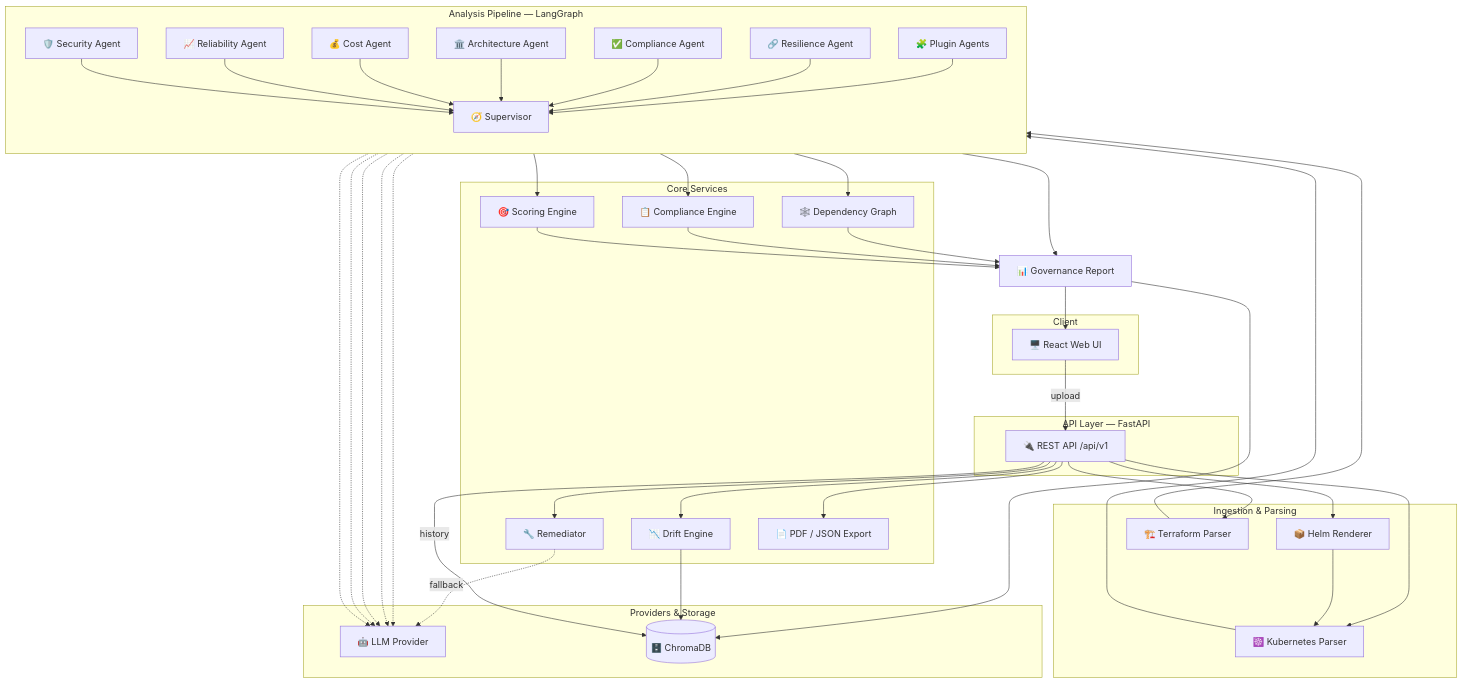
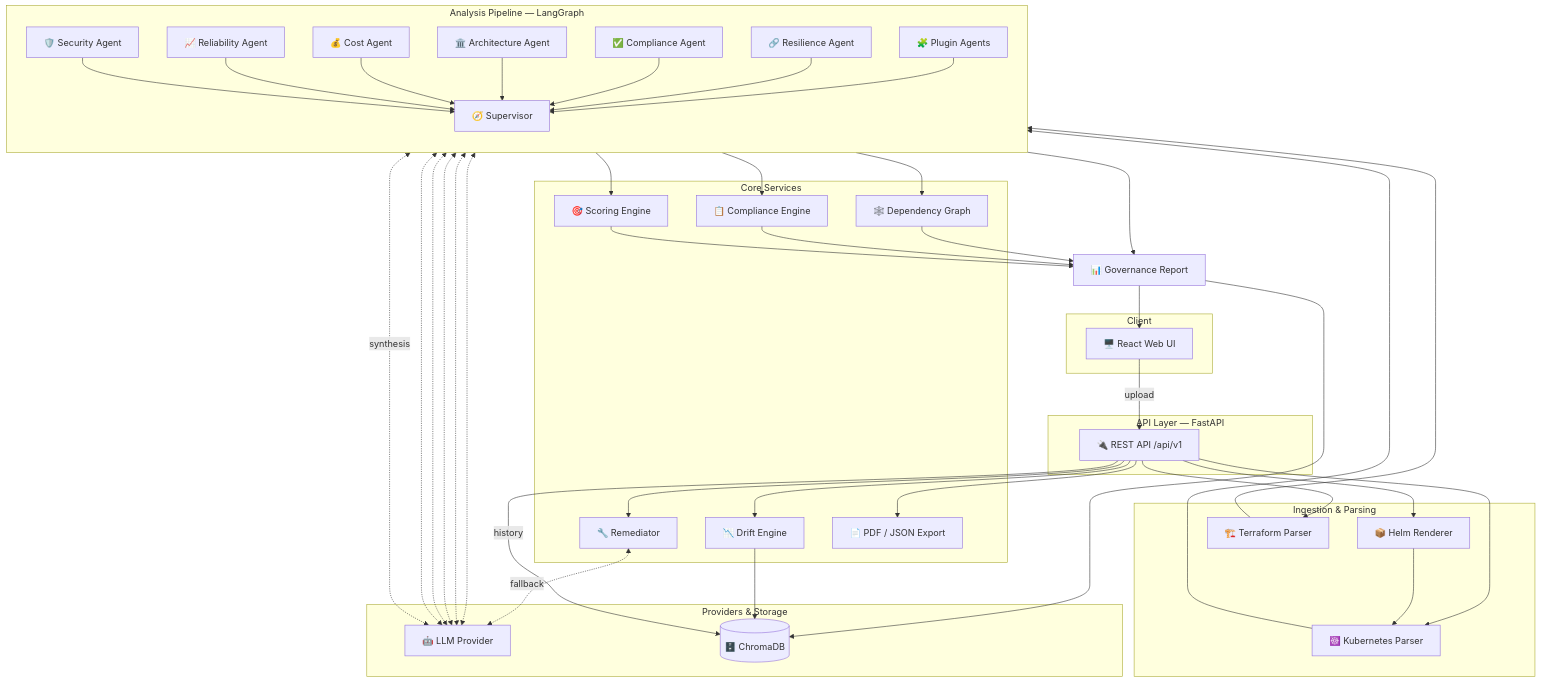
One commit to bharathac5775/AI-Infrastructure-Governance-Architecture-Intelligence-Platform changed the first of 2 diagrams in README.md. Above: the diagram before and after it, drawn with Mermaid.

Commit message:
Make LLM Provider a clear two-way participant in the diagram
The LLM node only had faint one-directional dotted arrows into it, so it read
as dangling. Make agent<->LLM (and Supervisor<->LLM synthesis, Remediator<->LLM
fallback) bidirectional round-trips, showing prompts go out and reasoning comes
back. Validated with mermaid-cli.

```diff
--- a/README.md
+++ b/README.md
@@ -119,11 +119,12 @@
     KP --> pipeline
     TP --> pipeline
 
-    SEC -.-> LLM
-    REL -.-> LLM
-    COST -.-> LLM
-    ARCH -.-> LLM
-    COMP -.-> LLM
+    SEC <-.-> LLM
+    REL <-.-> LLM
+    COST <-.-> LLM
+    ARCH <-.-> LLM
+    COMP <-.-> LLM
+    SUP <-.->|synthesis| LLM
 
     SUP --> GRAPH
     SUP --> CMPL
@@ -137,7 +138,7 @@
     RT --> REM
     RT --> DRIFT
     RT --> EXPORT
-    REM -.->|fallback| LLM
+    REM <-.->|fallback| LLM
     OUT --> UI
     DRIFT --> DB
     RT -->|history| DB
```
